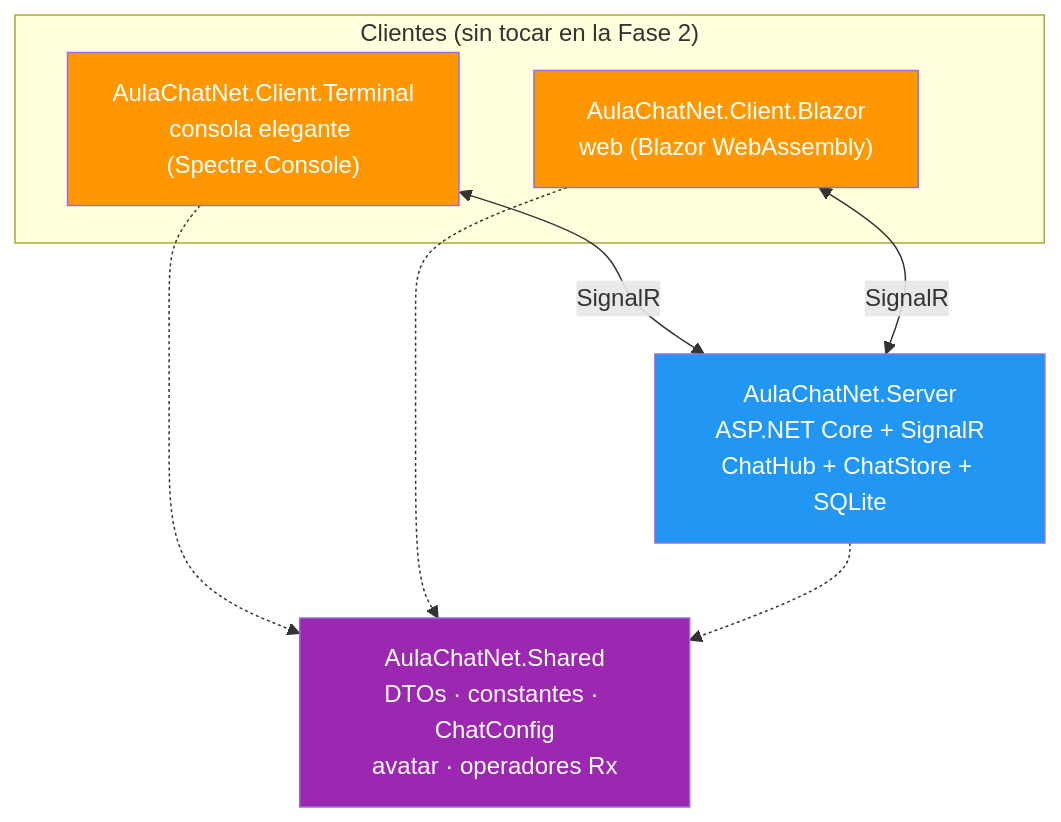
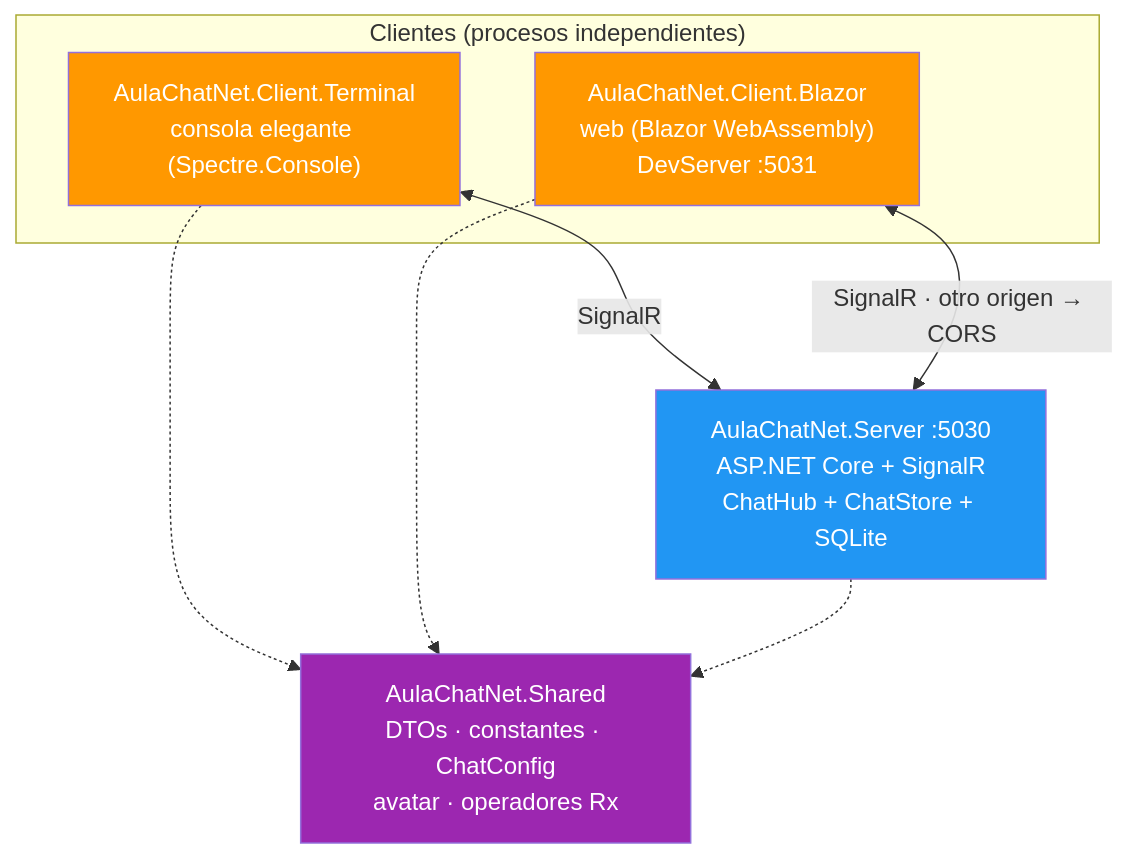
Before and after one commit to joseluisgs/AulaChatNet: the first of 9 diagrams in docs/01-arquitectura-del-servidor.md, drawn with Mermaid. The commit also changed other lines of this file, not shown here.

````diff
--- a/docs/01-arquitectura-del-servidor.md
+++ b/docs/01-arquitectura-del-servidor.md
@@ -59,22 +60,22 @@
 ```mermaid
 flowchart TD
-    subgraph Clientes["Clientes (sin tocar en la Fase 2)"]
+    subgraph Clientes["Clientes (procesos independientes)"]
         T["AulaChatNet.Client.Terminal<br/>consola elegante (Spectre.Console)"]
-        B["AulaChatNet.Client.Blazor<br/>web (Blazor WebAssembly)"]
+        B["AulaChatNet.Client.Blazor<br/>web (Blazor WebAssembly)<br/>DevServer :5031"]
     end
 
-    S["AulaChatNet.Server<br/>ASP.NET Core + SignalR<br/>ChatHub + ChatStore + SQLite"]
+    S["AulaChatNet.Server :5030<br/>ASP.NET Core + SignalR<br/>ChatHub + ChatStore + SQLite"]
 
     SH["AulaChatNet.Shared<br/>DTOs · constantes · ChatConfig<br/>avatar · operadores Rx"]
 
     T <-->|"SignalR"| S
-    B <-->|"SignalR"| S
+    B <-->|"SignalR · otro origen → CORS"| S
     T -.-> SH
     B -.-> SH
     S -.-> SH
 
     style T fill:#FF9800,color:#fff
     style B fill:#FF9800,color:#fff
     style S fill:#2196F3,color:#fff
     style SH fill:#9C27B0,color:#fff
 ```
````
